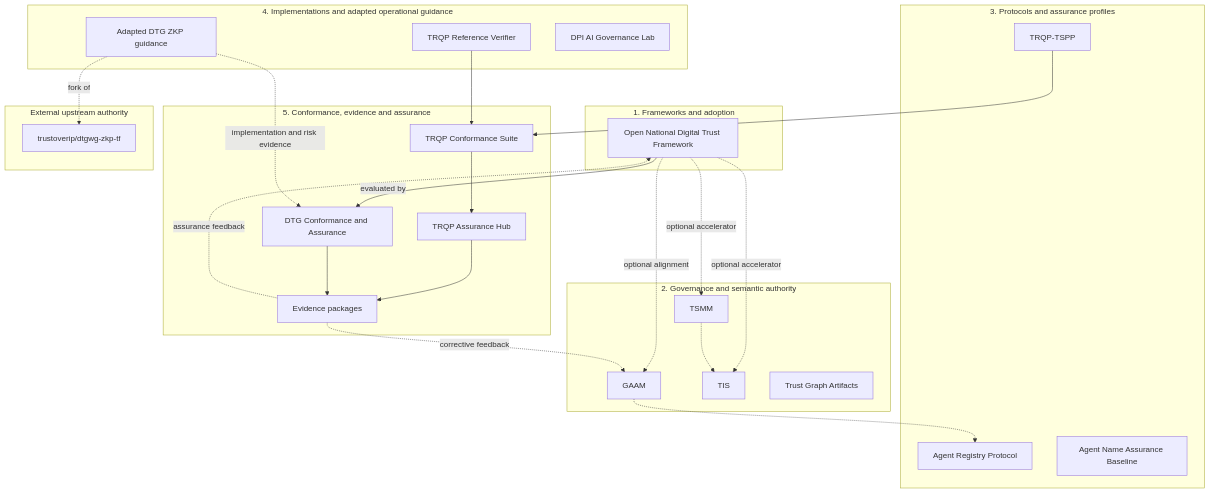
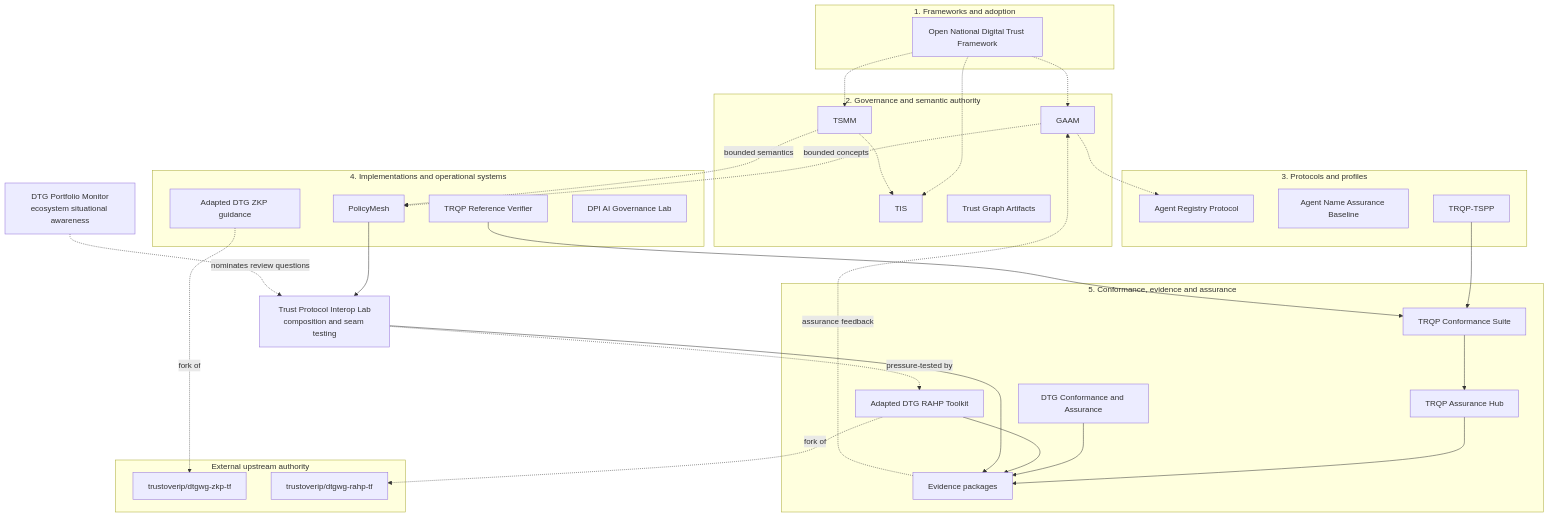
Before and after one commit to sankarshanmukhopadhyay/sankarshanmukhopadhyay: the diagram in README.md, drawn with Mermaid. The commit also changed other lines of this file and 24 other files, not shown here.

First line of the commit message:
feat(portfolio): align governance model with current trust infrastructure work

````diff
--- a/README.md
+++ b/README.md
@@ -101,46 +130,59 @@
 ```mermaid
 flowchart TB
     subgraph P0["1. Frameworks and adoption"]
         ONDTF["Open National Digital Trust Framework"]
     end
     subgraph P1["2. Governance and semantic authority"]
         GAAM["GAAM"]
         TSMM["TSMM"]
         TIS["TIS"]
         TGA["Trust Graph Artifacts"]
     end
-    subgraph P2["3. Protocols and assurance profiles"]
+    subgraph P2["3. Protocols and profiles"]
         ARPA["Agent Registry Protocol"]
         ANAB["Agent Name Assurance Baseline"]
         TSPP["TRQP-TSPP"]
     end
-    subgraph P3["4. Implementations and adapted operational guidance"]
+    subgraph P3["4. Implementations and operational systems"]
+        PM["PolicyMesh"]
         VERIFIER["TRQP Reference Verifier"]
         ZKP["Adapted DTG ZKP guidance"]
         DPI["DPI AI Governance Lab"]
     end
     subgraph P4["5. Conformance, evidence and assurance"]
         TRQPCS["TRQP Conformance Suite"]
         HUB["TRQP Assurance Hub"]
         DTGCA["DTG Conformance and Assurance"]
+        RAHP["Adapted DTG RAHP Toolkit"]
         EVIDENCE["Evidence packages"]
     end
+    INTEROP["Trust Protocol Interop Lab
+composition and seam testing"]
+    MONITOR["DTG Portfolio Monitor
+ecosystem situational awareness"]
     subgraph UP["External upstream authority"]
         ZKPUP["trustoverip/dtgwg-zkp-tf"]
+        RAHPUP["trustoverip/dtgwg-rahp-tf"]
     end
-    ONDTF -. "optional alignment" .-> GAAM
-    ONDTF -. "optional accelerator" .-> TSMM
-    ONDTF -. "optional accelerator" .-> TIS
-    ONDTF -->|evaluated by| DTGCA
+
+    ONDTF -.-> GAAM
+    ONDTF -.-> TSMM
+    ONDTF -.-> TIS
     TSMM -.-> TIS
     GAAM -.-> ARPA
+    GAAM -. "bounded concepts" .-> PM
+    TSMM -. "bounded semantics" .-> PM
+    PM --> INTEROP
     TSPP --> TRQPCS
     VERIFIER --> TRQPCS
     TRQPCS --> HUB
     HUB --> EVIDENCE
     DTGCA --> EVIDENCE
-    EVIDENCE -. "assurance feedback" .-> ONDTF
-    EVIDENCE -. "corrective feedback" .-> GAAM
-    ZKP -. "implementation and risk evidence" .-> DTGCA
+    RAHP --> EVIDENCE
+    INTEROP --> EVIDENCE
+    MONITOR -. "nominates review questions" .-> INTEROP
+    INTEROP -. "pressure-tested by" .-> RAHP
+    EVIDENCE -. "assurance feedback" .-> GAAM
     ZKP -. "fork of" .-> ZKPUP
+    RAHP -. "fork of" .-> RAHPUP
 ```
````
